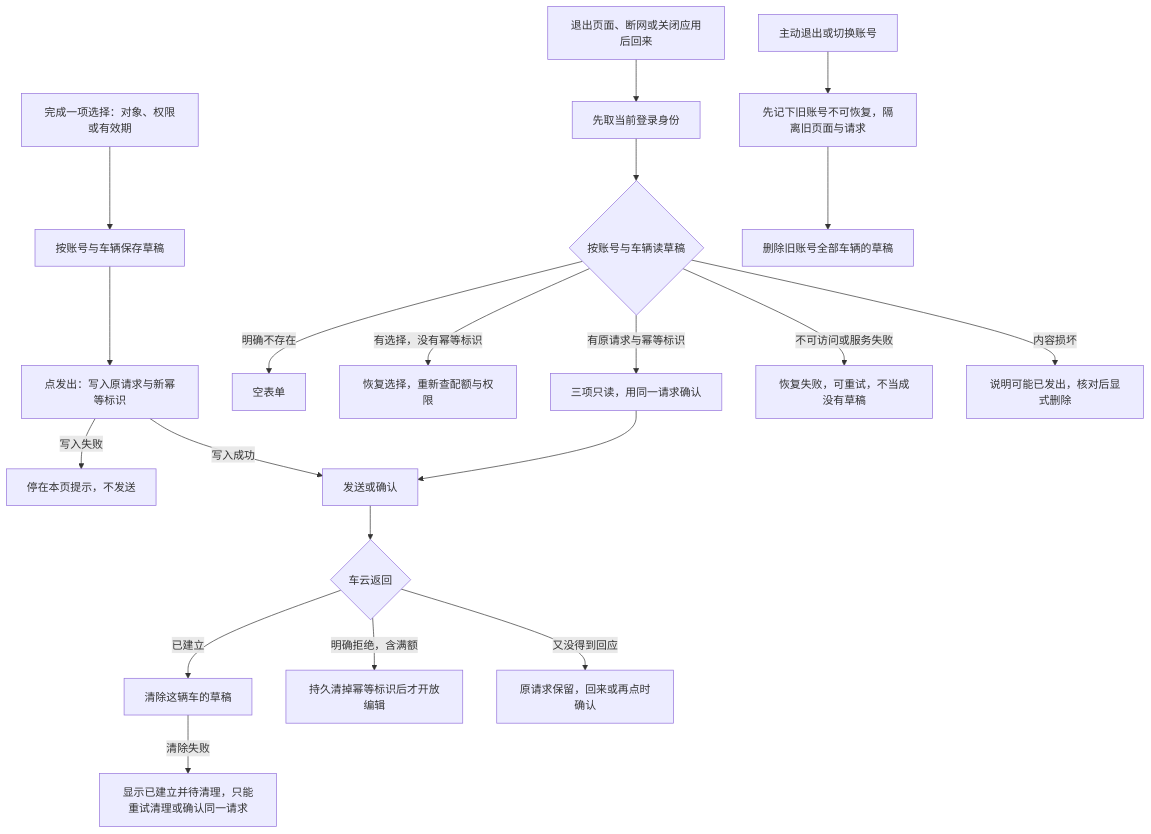
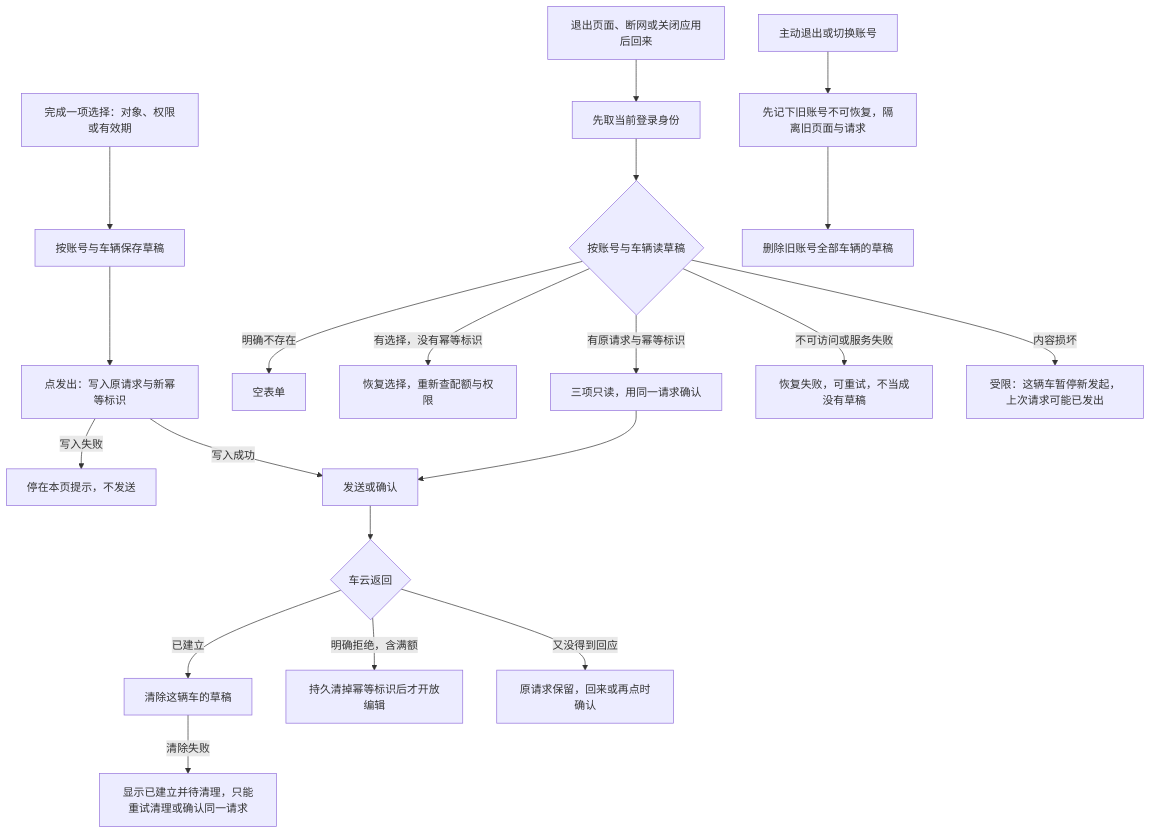
The fourth of 7 diagrams in doc/plan/1.9.9/金样候选/car-key-sharing/AR/story.md (sqsqsq/SimulatedWalletForHmos), drawn with Mermaid before and after one commit. The commit also changed other lines of this file and 18 other files, not shown here.

````diff
--- a/doc/plan/1.9.9/金样候选/car-key-sharing/AR/story.md
+++ b/doc/plan/1.9.9/金样候选/car-key-sharing/AR/story.md
@@ -304,23 +304,23 @@
 ```mermaid
 %% 图源 spec §5.3 #1
 flowchart TD
     A[完成一项选择：对象、权限或有效期] --> S[按账号与车辆保存草稿]
     S --> P[点发出：写入原请求与新幂等标识]
     P -->|写入失败| PF[停在本页提示，不发送]
     P -->|写入成功| SEND[发送或确认]
     I[退出页面、断网或关闭应用后回来] --> ID[先取当前登录身份]
     ID --> R{按账号与车辆读草稿}
     R -->|明确不存在| NEW[空表单]
     R -->|有选择，没有幂等标识| RS[恢复选择，重新查配额与权限]
     R -->|有原请求与幂等标识| K[三项只读，用同一请求确认]
     R -->|不可访问或服务失败| RF[恢复失败，可重试，不当成没有草稿]
-    R -->|内容损坏| BR[说明可能已发出，核对后显式删除]
+    R -->|内容损坏| BR[受限：这辆车暂停新发起，上次请求可能已发出]
     K --> SEND
     SEND --> D{车云返回}
     D -->|已建立| C[清除这辆车的草稿]
     C -->|清除失败| PC[显示已建立并待清理，只能重试清理或确认同一请求]
     D -->|明确拒绝，含满额| X[持久清掉幂等标识后才开放编辑]
     D -->|又没得到回应| KEEP[原请求保留，回来或再点时确认]
     L[主动退出或切换账号] --> M[先记下旧账号不可恢复，隔离旧页面与请求]
     M --> CL[删除旧账号全部车辆的草稿]
 ```
````
